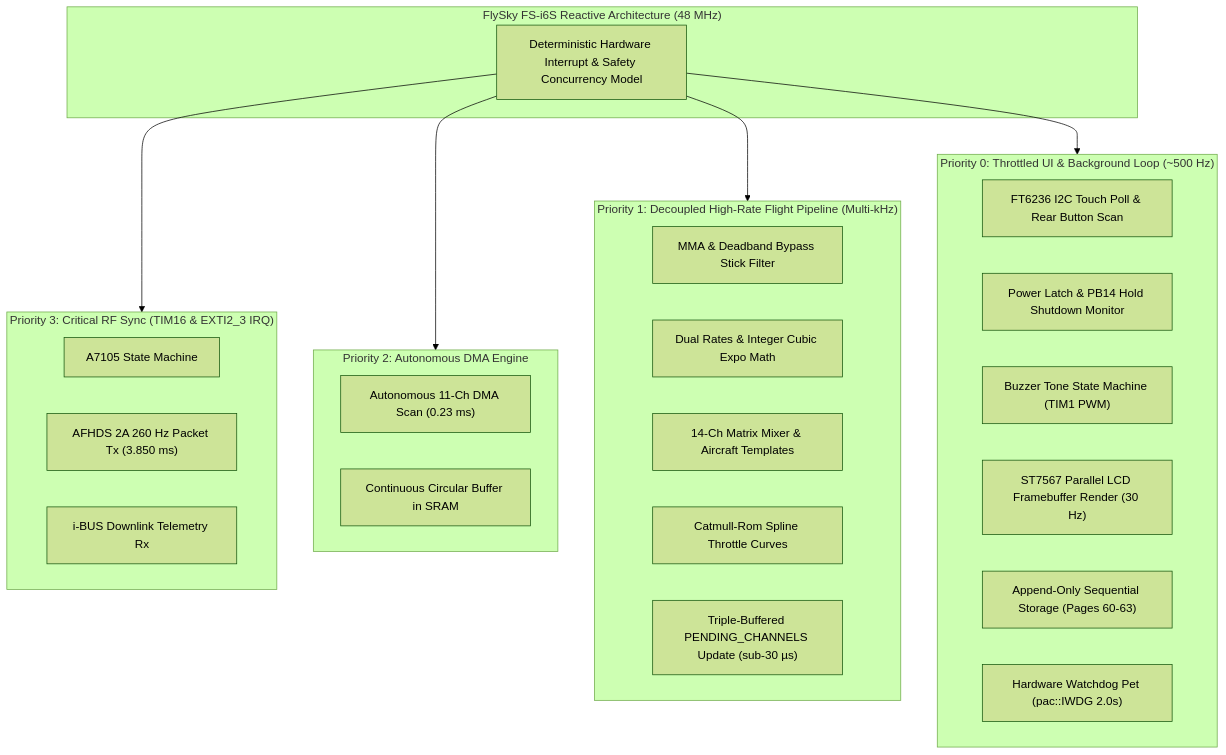
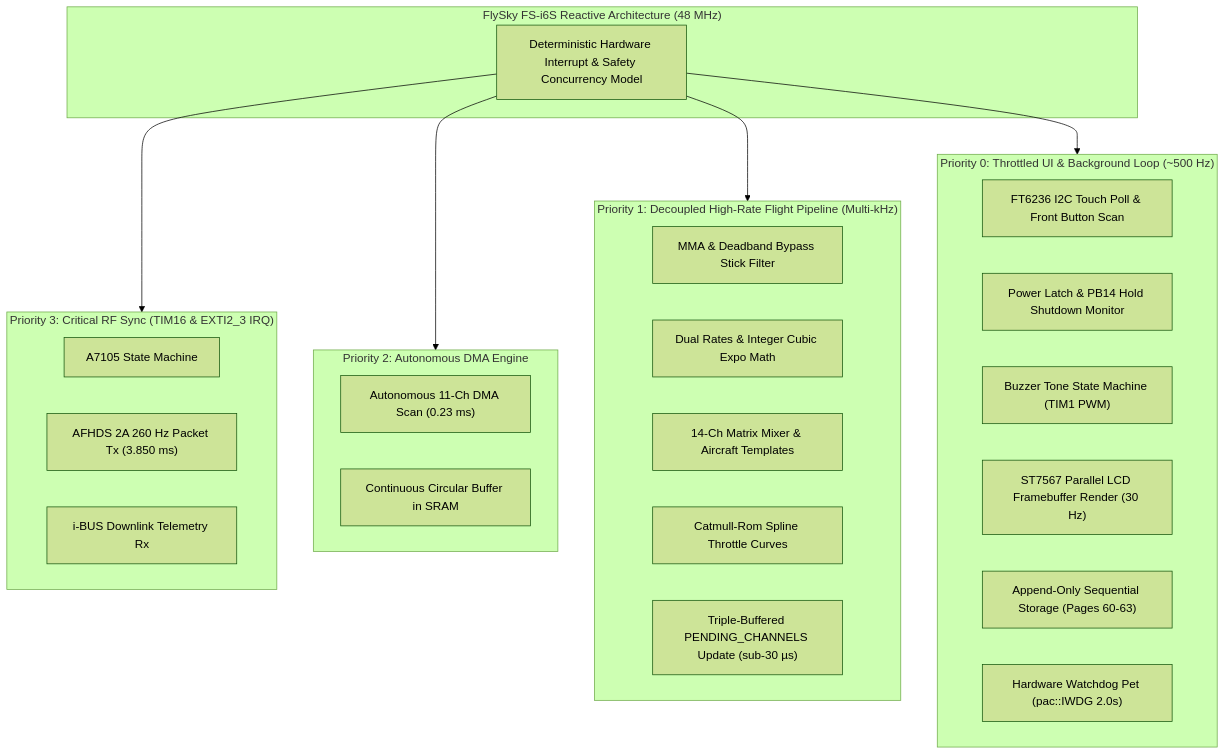
Before and after one commit to ferrox-rc/flysky-i6s-rs: the diagram in README.md, drawn with Mermaid (forest theme). The commit also changed other lines of this file and 8 other files, not shown here.

First line of the commit message:
feat(touch): gate touch_to_nav_keys behind valid touch samples and configure front buttons

````diff
--- a/README.md
+++ b/README.md
@@ -68,39 +68,39 @@
 ```mermaid
 flowchart TD
     subgraph Core ["FlySky FS-i6S Reactive Architecture (48 MHz)"]
         SCHED["Deterministic Hardware Interrupt & Safety Concurrency Model"]
     end
 
     subgraph P3 ["Priority 3: Critical RF Sync (TIM16 & EXTI2_3 IRQ)"]
         RF1["A7105 State Machine"]
         RF2["AFHDS 2A 260 Hz Packet Tx (3.850 ms)"]
         RF3["i-BUS Downlink Telemetry Rx"]
     end
 
     subgraph P2 ["Priority 2: Autonomous DMA Engine"]
         ADC1["Autonomous 11-Ch DMA Scan (0.23 ms)"]
         ADC2["Continuous Circular Buffer in SRAM"]
     end
 
     subgraph P1 ["Priority 1: Decoupled High-Rate Flight Pipeline (Multi-kHz)"]
         FL1["MMA & Deadband Bypass Stick Filter"]
         FL2["Dual Rates & Integer Cubic Expo Math"]
         FL3["14-Ch Matrix Mixer & Aircraft Templates"]
         FL4["Catmull-Rom Spline Throttle Curves"]
         FL5["Triple-Buffered PENDING_CHANNELS Update (sub-30 µs)"]
     end
 
     subgraph P0 ["Priority 0: Throttled UI & Background Loop (~500 Hz)"]
-        UI1["FT6236 I2C Touch Poll & Rear Button Scan"]
+        UI1["FT6236 I2C Touch Poll & Front Button Scan"]
         UI2["Power Latch & PB14 Hold Shutdown Monitor"]
         UI3["Buzzer Tone State Machine (TIM1 PWM)"]
         UI4["ST7567 Parallel LCD Framebuffer Render (30 Hz)"]
         UI5["Append-Only Sequential Storage (Pages 60-63)"]
         UI6["Hardware Watchdog Pet (pac::IWDG 2.0s)"]
     end
 
     SCHED --> P3
     SCHED --> P2
     SCHED --> P1
     SCHED --> P0
 ```
````
